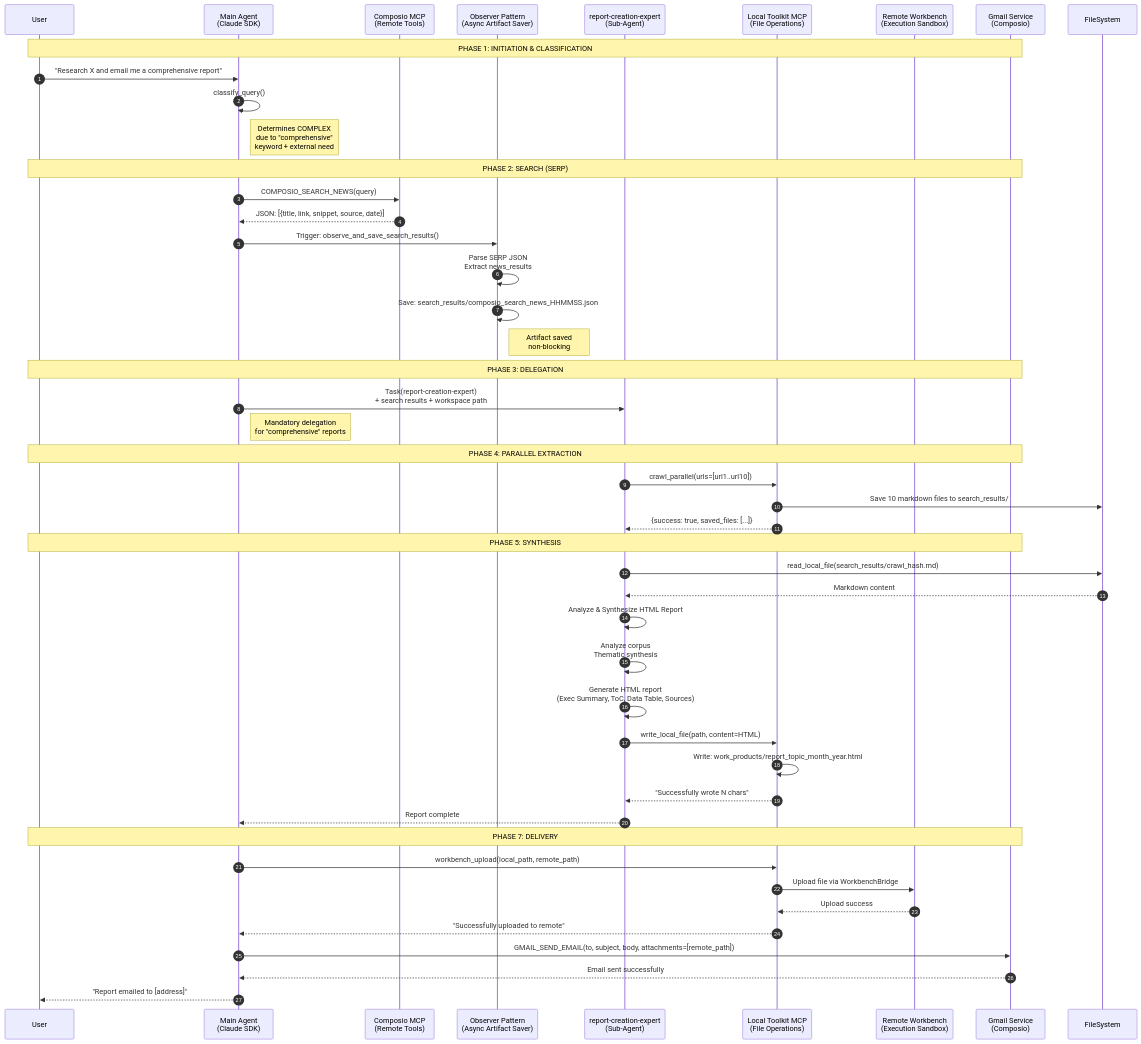
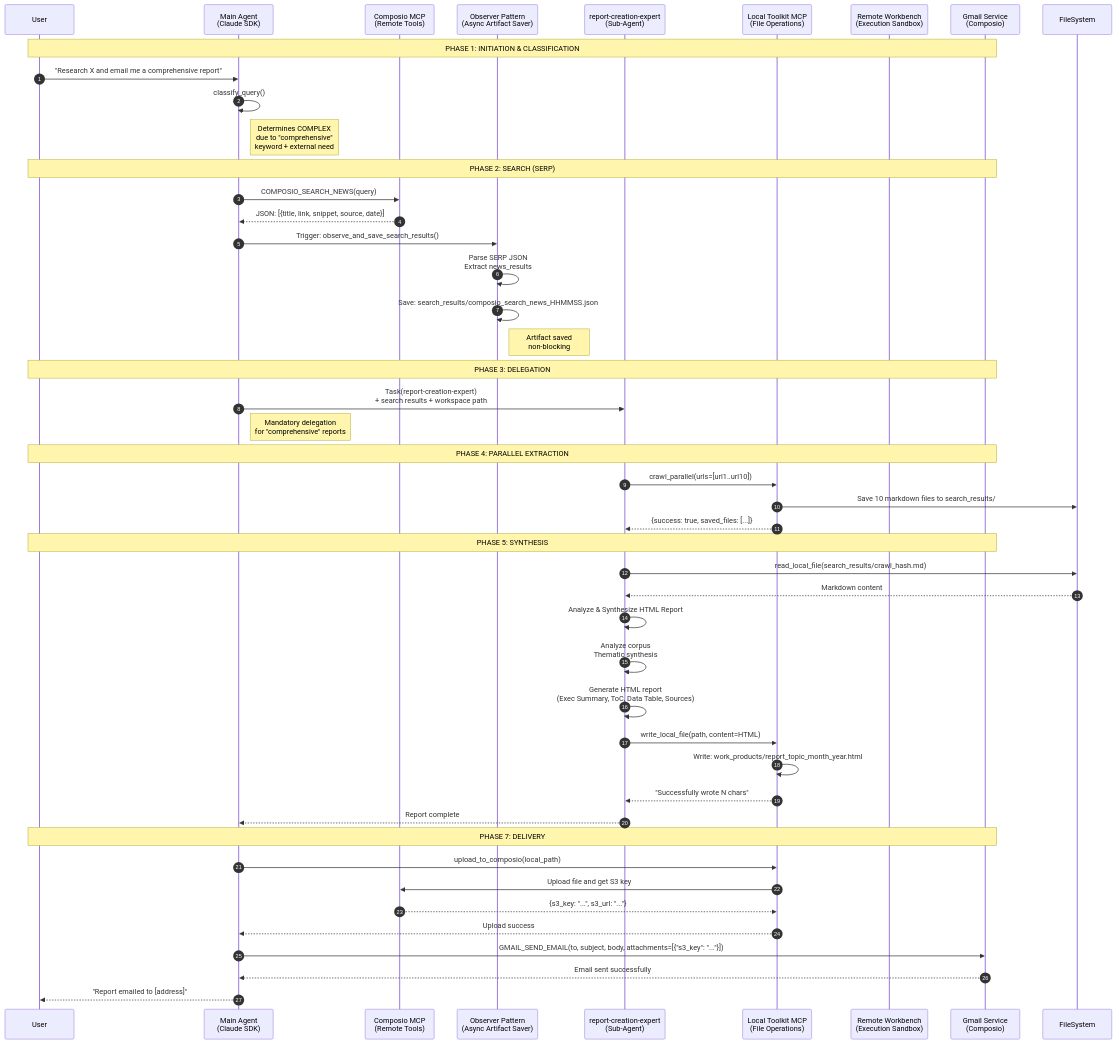
One commit to Kjdragan/universal_agent changed the first of 5 diagrams in Project_Documentation/Architecture/06_research_report_workflow.md. Above: the diagram before and after it, drawn with Mermaid. The commit also changed other lines of this file and 14 other files, not shown here.

Commit message:
feat: Refactor MCP servers, introduce `upload_to_composio` and `crawl_parallel` tools, add observer anti-redundancy, and implement Composio tool onboarding.

````diff
--- a/Project_Documentation/Architecture/06_research_report_workflow.md
+++ b/Project_Documentation/Architecture/06_research_report_workflow.md
@@ -44,55 +44,55 @@
 ```mermaid
 sequenceDiagram
     autonumber
     participant User
     participant MainAgent as Main Agent<br/>(Claude SDK)
     participant ComposioMCP as Composio MCP<br/>(Remote Tools)
     participant Observer as Observer Pattern<br/>(Async Artifact Saver)
     participant SubAgent as report-creation-expert<br/>(Sub-Agent)
 
     participant LocalToolkit as Local Toolkit MCP<br/>(File Operations)
     participant RemoteWorkbench as Remote Workbench<br/>(Execution Sandbox)
     participant GmailService as Gmail Service<br/>(Composio)
 
     Note over User,GmailService: PHASE 1: INITIATION & CLASSIFICATION
     User->>MainAgent: "Research X and email me a comprehensive report"
     MainAgent->>MainAgent: classify_query()
     Note right of MainAgent: Determines COMPLEX<br/>due to "comprehensive"<br/>keyword + external need
 
     Note over User,GmailService: PHASE 2: SEARCH (SERP)
     MainAgent->>ComposioMCP: COMPOSIO_SEARCH_NEWS(query)
     ComposioMCP-->>MainAgent: JSON: [{title, link, snippet, source, date}]
     MainAgent->>Observer: Trigger: observe_and_save_search_results()
     Observer->>Observer: Parse SERP JSON<br/>Extract news_results
     Observer->>Observer: Save: search_results/composio_search_news_HHMMSS.json
     Note right of Observer: Artifact saved<br/>non-blocking
 
     Note over User,GmailService: PHASE 3: DELEGATION
     MainAgent->>SubAgent: Task(report-creation-expert)<br/>+ search results + workspace path
     Note right of MainAgent: Mandatory delegation<br/>for "comprehensive" reports
 
     Note over User,GmailService: PHASE 4: PARALLEL EXTRACTION
     SubAgent->>LocalToolkit: crawl_parallel(urls=[url1..url10])
     LocalToolkit->>FileSystem: Save 10 markdown files to search_results/
     LocalToolkit-->>SubAgent: {success: true, saved_files: [...]}
 
     Note over User,GmailService: PHASE 5: SYNTHESIS
     SubAgent->>FileSystem: read_local_file(search_results/crawl_hash.md)
     FileSystem-->>SubAgent: Markdown content
     SubAgent->>SubAgent: Analyze & Synthesize HTML Report
     SubAgent->>SubAgent: Analyze corpus<br/>Thematic synthesis
     SubAgent->>SubAgent: Generate HTML report<br/>(Exec Summary, ToC, Data Table, Sources)
     SubAgent->>LocalToolkit: write_local_file(path, content=HTML)
     LocalToolkit->>LocalToolkit: Write: work_products/report_topic_month_year.html
     LocalToolkit-->>SubAgent: "Successfully wrote N chars"
     SubAgent-->>MainAgent: Report complete
 
     Note over User,GmailService: PHASE 7: DELIVERY
-    MainAgent->>LocalToolkit: workbench_upload(local_path, remote_path)
-    LocalToolkit->>RemoteWorkbench: Upload file via WorkbenchBridge
-    RemoteWorkbench-->>LocalToolkit: Upload success
-    LocalToolkit-->>MainAgent: "Successfully uploaded to remote"
-    MainAgent->>GmailService: GMAIL_SEND_EMAIL(to, subject, body, attachments=[remote_path])
+    MainAgent->>LocalToolkit: upload_to_composio(local_path)
+    LocalToolkit->>ComposioMCP: Upload file and get S3 key
+    ComposioMCP-->>LocalToolkit: {s3_key: "...", s3_url: "..."}
+    LocalToolkit-->>MainAgent: Upload success
+    MainAgent->>GmailService: GMAIL_SEND_EMAIL(to, subject, body, attachments=[{"s3_key": "..."}])
     GmailService-->>MainAgent: Email sent successfully
     MainAgent-->>User: "Report emailed to [address]"
 ```
````
